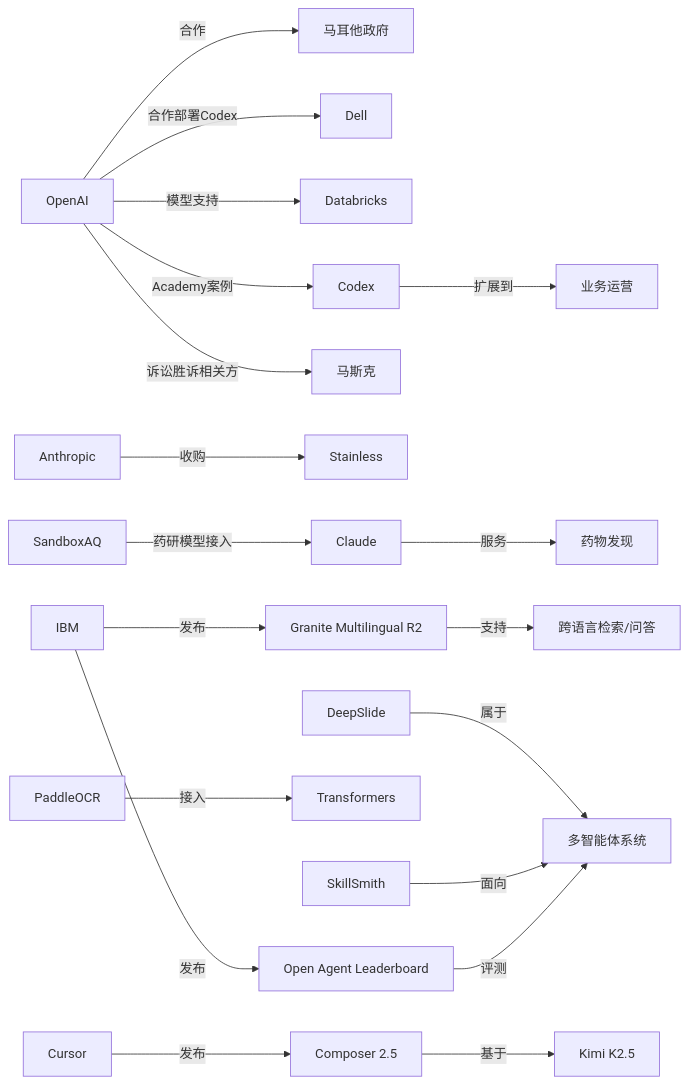
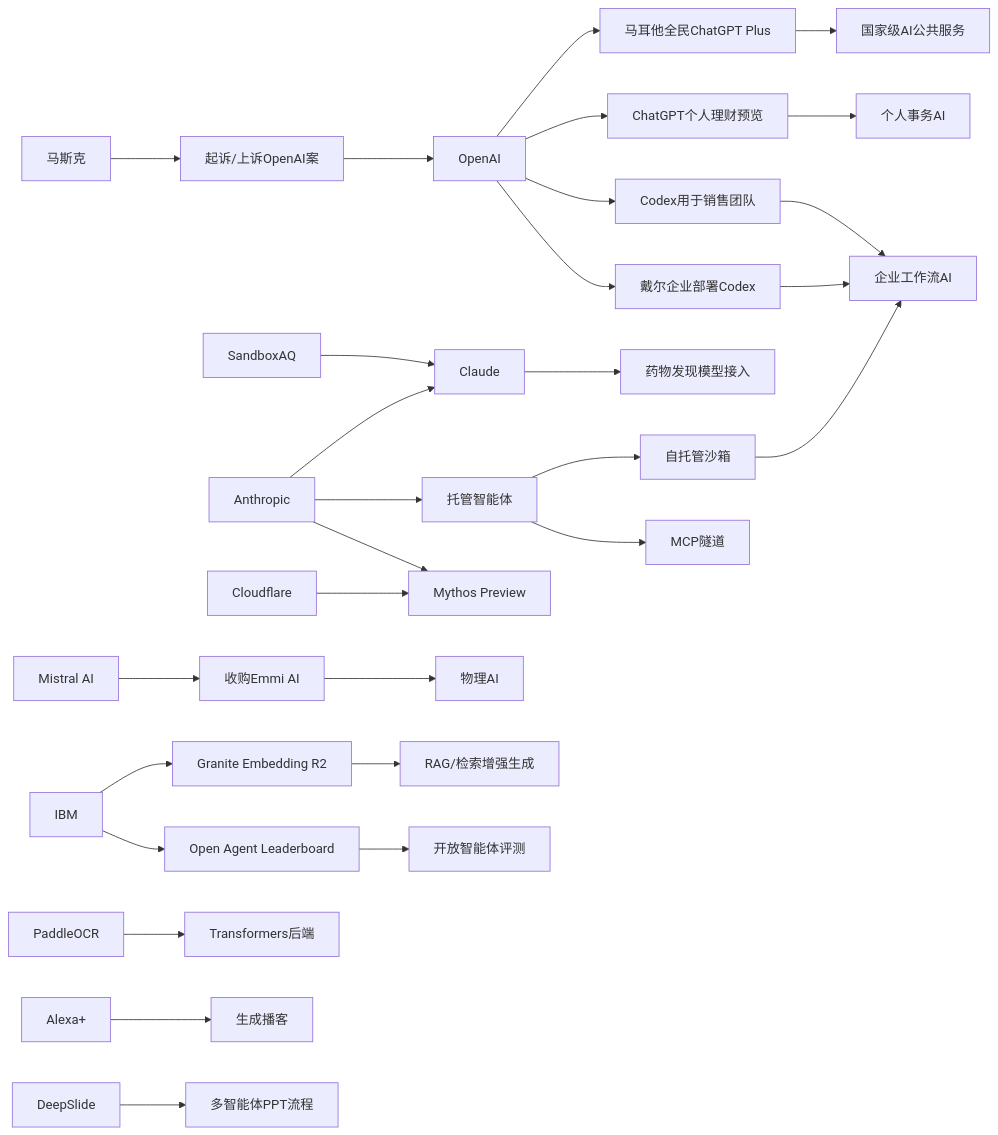
Before and after one commit to zhuxinfei/ai-daily-site: the diagram in content/cn/2026/2026-05/2026-05-19.md, drawn with Mermaid. The commit also changed other lines of this file, not shown here.

````diff
--- a/content/cn/2026/2026-05/2026-05-19.md
+++ b/content/cn/2026/2026-05/2026-05-19.md
@@ -114,25 +110,36 @@
 ```mermaid
 graph LR
-    OpenAI -->|合作| Malta[马耳他政府]
-    OpenAI -->|合作部署Codex| Dell
-    OpenAI -->|模型支持| Databricks
-    OpenAI -->|Academy案例| Codex
-    OpenAI -->|诉讼胜诉相关方| Musk[马斯克]
+    OpenAI --> Malta[马耳他全民ChatGPT Plus]
+    OpenAI --> Finance[ChatGPT个人理财预览]
+    OpenAI --> CodexSales[Codex用于销售团队]
+    OpenAI --> Dell[戴尔企业部署Codex]
+    Musk[马斯克] --> Lawsuit[起诉/上诉OpenAI案]
+    Lawsuit --> OpenAI
 
-    Anthropic -->|收购| Stainless
-    SandboxAQ -->|药研模型接入| Claude
-    IBM -->|发布| Granite[Granite Multilingual R2]
-    IBM -->|发布| OAL[Open Agent Leaderboard]
-    PaddleOCR -->|接入| Transformers
+    SandboxAQ --> Claude[Claude]
+    Anthropic --> Claude
+    Anthropic --> ManagedAgents[托管智能体]
+    ManagedAgents --> Sandbox[自托管沙箱]
+    ManagedAgents --> MCP[MCP隧道]
+    Anthropic --> Mythos[Mythos Preview]
+    Cloudflare --> Mythos
 
-    Cursor -->|发布| Composer25[Composer 2.5]
-    Composer25 -->|基于| Kimi[Kimi K2.5]
+    IBM --> Granite[Granite Embedding R2]
+    IBM --> Leaderboard[Open Agent Leaderboard]
+    PaddleOCR --> Transformers[Transformers后端]
 
-    DeepSlide -->|属于| AgentSys[多智能体系统]
-    SkillSmith -->|面向| AgentSys
-    OAL -->|评测| AgentSys
+    Mistral[Mistral AI] --> Emmi[收购Emmi AI]
+    Emmi --> PhysicalAI[物理AI]
 
-    Codex -->|扩展到| BizOps[业务运营]
-    Claude -->|服务| DrugDiscovery[药物发现]
-    Granite -->|支持| CrossLingual[跨语言检索/问答]
+    Alexa[Alexa+] --> Podcast[生成播客]
+    DeepSlide --> MultiAgent[多智能体PPT流程]
+
+    Claude --> DrugDiscovery[药物发现模型接入]
+    Finance --> PersonalAgent[个人事务AI]
+    CodexSales --> EnterpriseAI[企业工作流AI]
+    Dell --> EnterpriseAI
+    Malta --> AIPublicService[国家级AI公共服务]
+    Sandbox --> EnterpriseAI
+    Granite --> RAG[RAG/检索增强生成]
+    Leaderboard --> Agents[开放智能体评测]
 ```
````
